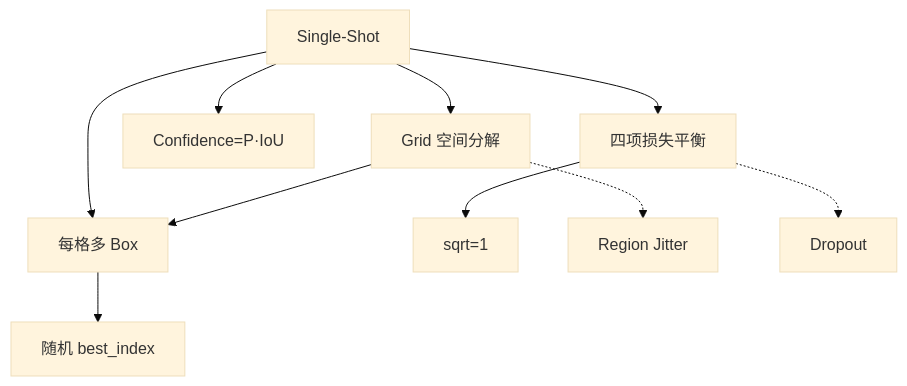
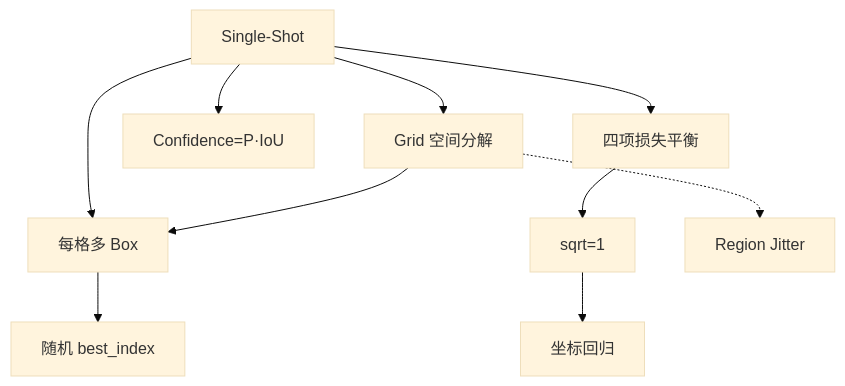
The tenth of 10 diagrams in docs/versions/v1/concepts.md (yejinlei/agent-yolo), drawn with Mermaid (base theme) before and after one commit. The commit also changed other lines of this file and 6 other files, not shown here.

Commit message:
docs(v1): 为论文精读补充原理图、白话解释与源码对应

````diff
--- a/docs/versions/v1/concepts.md
+++ b/docs/versions/v1/concepts.md
@@ -187,12 +322,12 @@
 ```mermaid
 flowchart TB
-  SS[Single-Shot] --> GD[Grid 空间分解]
-  SS --> CB[每格多 Box]
-  SS --> CO[Confidence=P·IoU]
-  SS --> BL[四项损失平衡]
-  GD --> CB
-  CB --> RB[随机 best_index]
-  BL --> SQ[sqrt=1]
-  GD -.-> RJ[Region Jitter]
-  BL -.-> DP[Dropout]
+    SS[Single-Shot] --> GD[Grid 空间分解]
+    SS --> CB[每格多 Box]
+    SS --> CO[Confidence=P·IoU]
+    SS --> BL[四项损失平衡]
+    GD --> CB
+    CB --> RB[随机 best_index]
+    BL --> SQ[sqrt=1]
+    SQ --> COORD[坐标回归]
+    GD -.-> RJ[Region Jitter]
 ```
````
